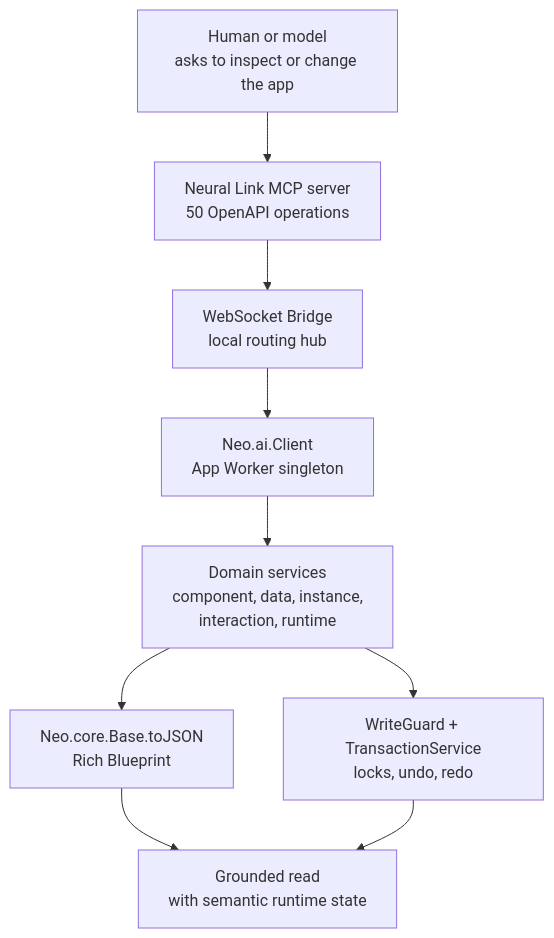
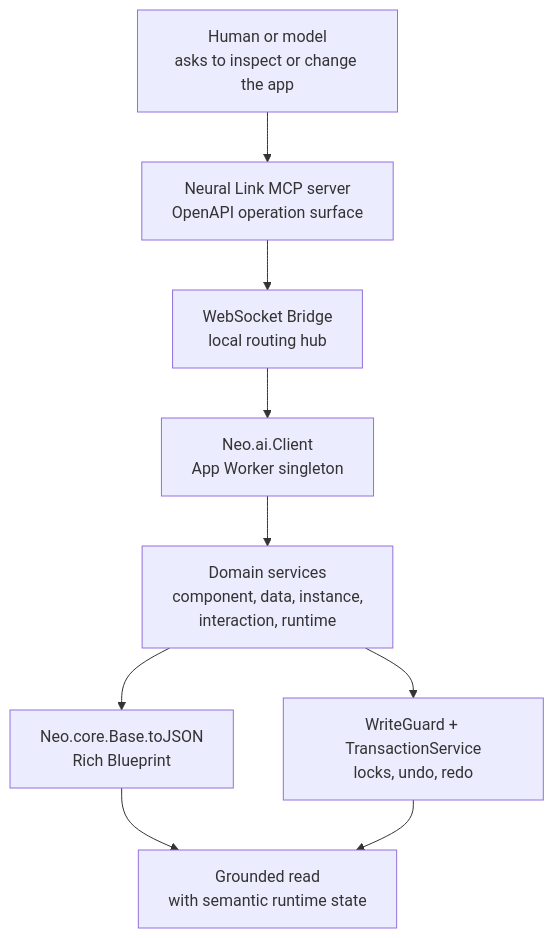
Before and after one commit to neomjs/neo: the first of 3 diagrams in learn/agentos/NeuralLink.md, drawn with Mermaid. The commit also changed other lines of this file and 17872 other files, not shown here.

````diff
--- a/learn/agentos/NeuralLink.md
+++ b/learn/agentos/NeuralLink.md
@@ -71,11 +71,11 @@
 ```mermaid
 flowchart TD
-    Reader["Human or model<br/>asks to inspect or change the app"] --> Server["Neural Link MCP server<br/>50 OpenAPI operations"]
+    Reader["Human or model<br/>asks to inspect or change the app"] --> Server["Neural Link MCP server<br/>OpenAPI operation surface"]
     Server --> Bridge["WebSocket Bridge<br/>local routing hub"]
     Bridge --> Client["Neo.ai.Client<br/>App Worker singleton"]
     Client --> Services["Domain services<br/>component, data, instance,<br/>interaction, runtime"]
     Services --> Blueprint["Neo.core.Base.toJSON<br/>Rich Blueprint"]
     Services --> Guardrails["WriteGuard + TransactionService<br/>locks, undo, redo"]
     Blueprint --> Result["Grounded read<br/>with semantic runtime state"]
     Guardrails --> Result
 ```
````
